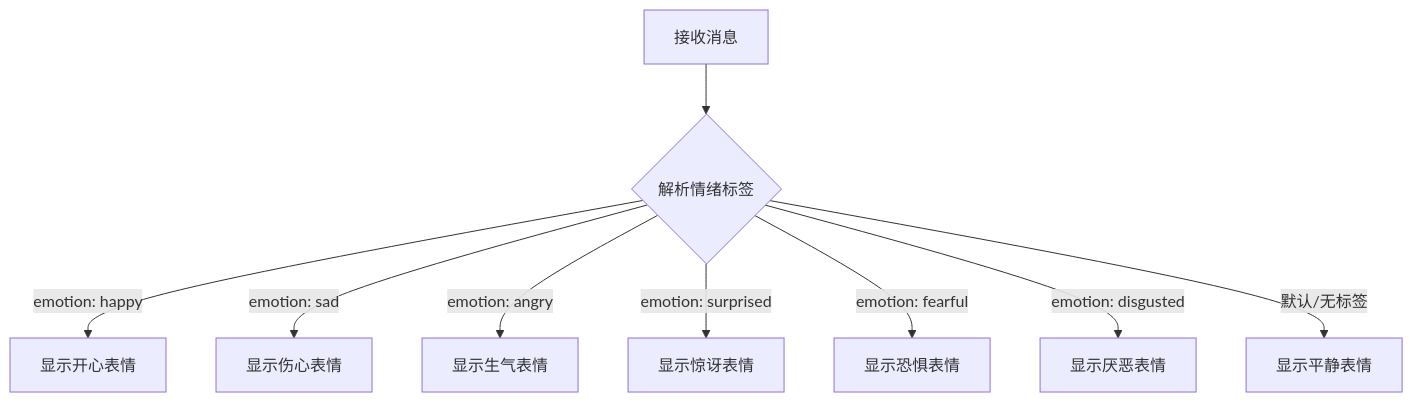
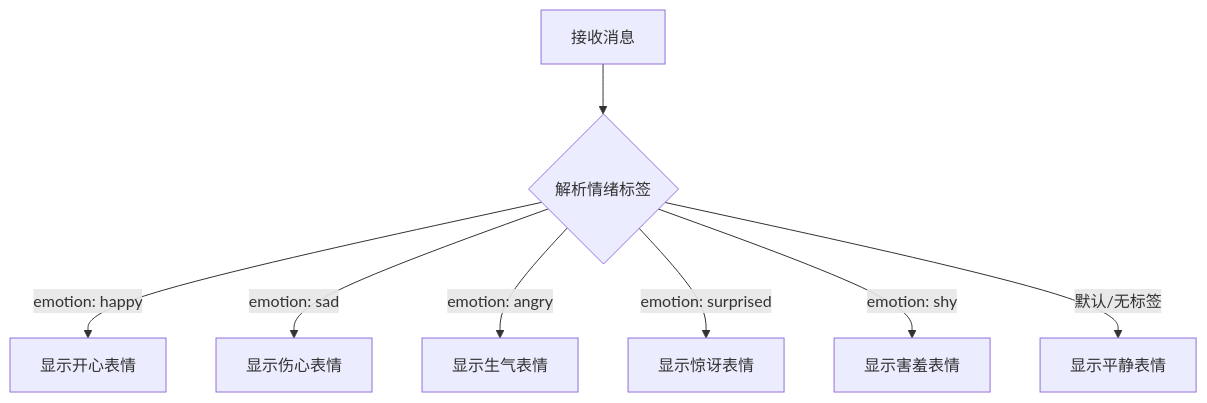
One commit to Chris-websketch/xiaozhi-esp32 changed the second of 5 diagrams in docs/wiki/显示系统/表情包系统.md. Above: the diagram before and after it, drawn with Mermaid. The commit also changed other lines of this file and 28 other files, not shown here.

First line of the commit message:
feat(image): 移除恐惧和厌恶表情包并优化图片资源管理

````diff
--- a/docs/wiki/显示系统/表情包系统.md
+++ b/docs/wiki/显示系统/表情包系统.md
@@ -73,11 +73,10 @@
 ```mermaid
 flowchart TD
 Start[接收消息] --> Parse{解析情绪标签}
 Parse --> |emotion: happy| Happy[显示开心表情]
 Parse --> |emotion: sad| Sad[显示伤心表情]
 Parse --> |emotion: angry| Angry[显示生气表情]
 Parse --> |emotion: surprised| Surprised[显示惊讶表情]
-Parse --> |emotion: fearful| Fearful[显示恐惧表情]
-Parse --> |emotion: disgusted| Disgusted[显示厌恶表情]
+Parse --> |emotion: shy| Shy[显示害羞表情]
 Parse --> |默认/无标签| Calm[显示平静表情]
 ```
````
